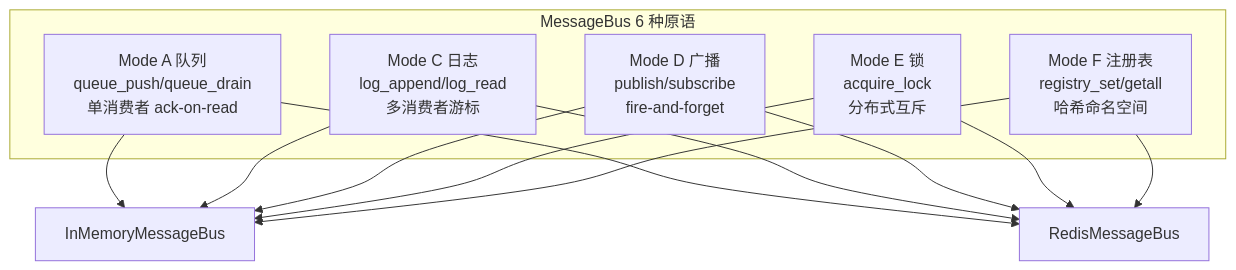
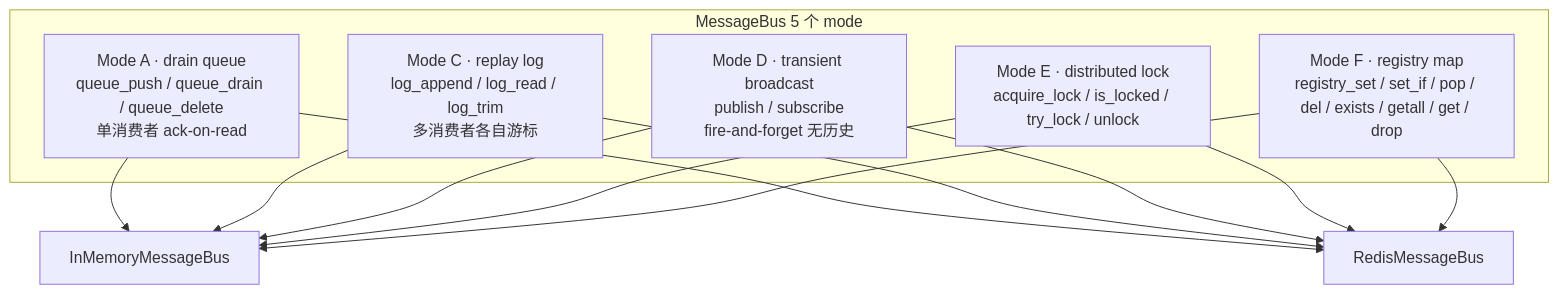
The third of 4 diagrams in src/posts/ai-practice/ai-app/agentscope-w1-architecture.md (sunrong1/sunrong1.github.io), drawn with Mermaid before and after one commit. The commit also changed other lines of this file, not shown here.

````diff
--- a/src/posts/ai-practice/ai-app/agentscope-w1-architecture.md
+++ b/src/posts/ai-practice/ai-app/agentscope-w1-architecture.md
@@ -102,21 +150,21 @@
 ```mermaid
 graph TB
-    subgraph MSG["MessageBus 6 种原语"]
-        M1["Mode A 队列<br/>queue_push/queue_drain<br/>单消费者 ack-on-read"]
-        M2["Mode C 日志<br/>log_append/log_read<br/>多消费者游标"]
-        M3["Mode D 广播<br/>publish/subscribe<br/>fire-and-forget"]
-        M4["Mode E 锁<br/>acquire_lock<br/>分布式互斥"]
-        M5["Mode F 注册表<br/>registry_set/getall<br/>哈希命名空间"]
+    subgraph MSG["MessageBus 5 个 mode"]
+        M1["Mode A · drain queue<br/>queue_push / queue_drain / queue_delete<br/>单消费者 ack-on-read"]
+        M2["Mode C · replay log<br/>log_append / log_read / log_trim<br/>多消费者各自游标"]
+        M3["Mode D · transient broadcast<br/>publish / subscribe<br/>fire-and-forget 无历史"]
+        M4["Mode E · distributed lock<br/>acquire_lock / is_locked / try_lock / unlock"]
+        M5["Mode F · registry map<br/>registry_set / set_if / pop / del / exists / getall / get / drop"]
     end
 
     M1 --> IMEM[InMemoryMessageBus]
     M2 --> IMEM
     M3 --> IMEM
     M4 --> IMEM
     M5 --> IMEM
     M1 --> REDIS[RedisMessageBus]
     M2 --> REDIS
     M3 --> REDIS
     M4 --> REDIS
     M5 --> REDIS
 ```
````
